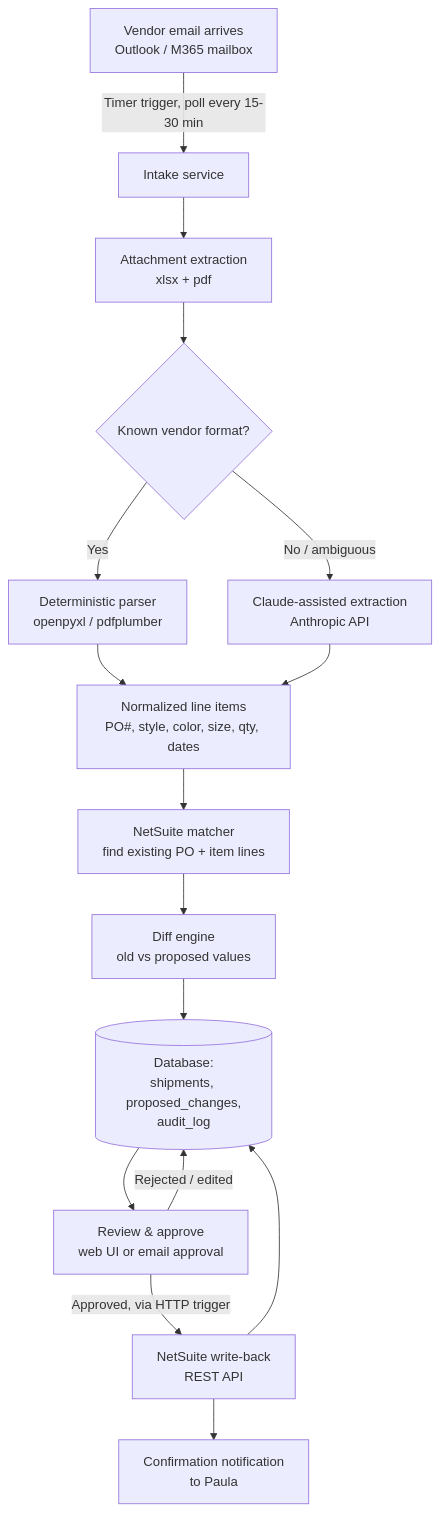
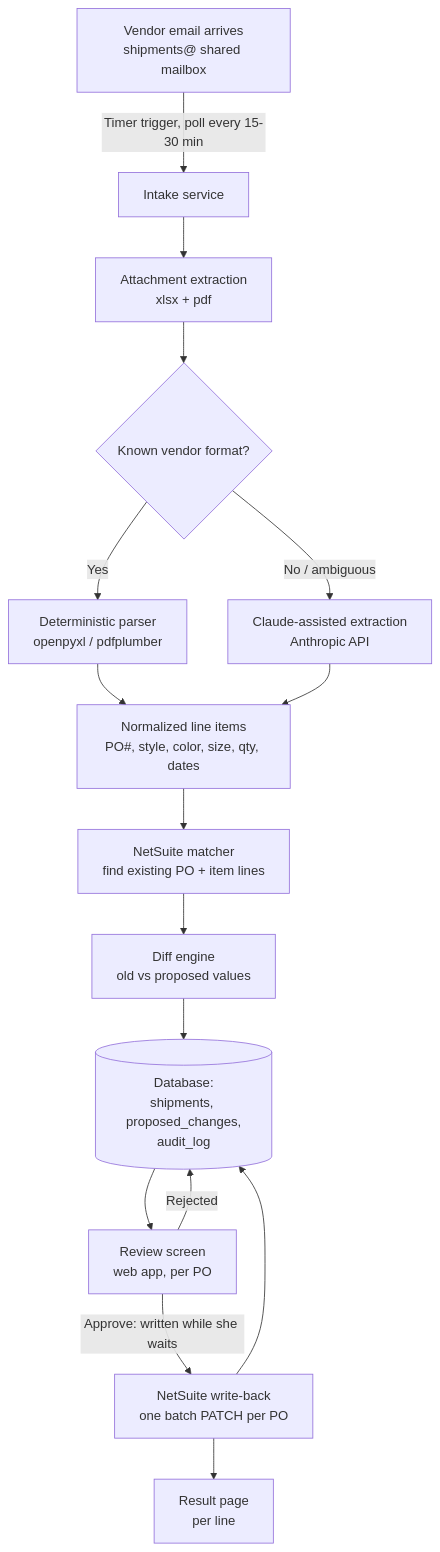
One commit to Straight-Down/po-agent-pipeline changed the diagram in PO-Update-Automation-Architecture.md. Above: the diagram before and after it, drawn with Mermaid. The commit also changed other lines of this file and 1 other file, not shown here.

````diff
--- a/PO-Update-Automation-Architecture.md
+++ b/PO-Update-Automation-Architecture.md
@@ -54,18 +54,18 @@
 ```mermaid
 flowchart TD
-    A[Vendor email arrives<br/>Outlook / M365 mailbox] -->|Timer trigger, poll every 15-30 min| B[Intake service]
+    A[Vendor email arrives<br/>shipments@ shared mailbox] -->|Timer trigger, poll every 15-30 min| B[Intake service]
     B --> C[Attachment extraction<br/>xlsx + pdf]
     C --> D{Known vendor format?}
     D -->|Yes| E[Deterministic parser<br/>openpyxl / pdfplumber]
     D -->|No / ambiguous| F[Claude-assisted extraction<br/>Anthropic API]
     E --> G[Normalized line items<br/>PO#, style, color, size, qty, dates]
     F --> G
     G --> H[NetSuite matcher<br/>find existing PO + item lines]
     H --> I[Diff engine<br/>old vs proposed values]
     I --> J[(Database:<br/>shipments, proposed_changes,<br/>audit_log)]
-    J --> K[Review & approve<br/>web UI or email approval]
-    K -->|Approved, via HTTP trigger| L[NetSuite write-back<br/>REST API]
-    K -->|Rejected / edited| J
-    L --> M[Confirmation notification<br/>to Paula]
+    J --> K[Review screen<br/>web app, per PO]
+    K -->|Approve: written while she waits| L[NetSuite write-back<br/>one batch PATCH per PO]
+    K -->|Rejected| J
+    L --> M[Result page<br/>per line]
     L --> J
 ```
````
